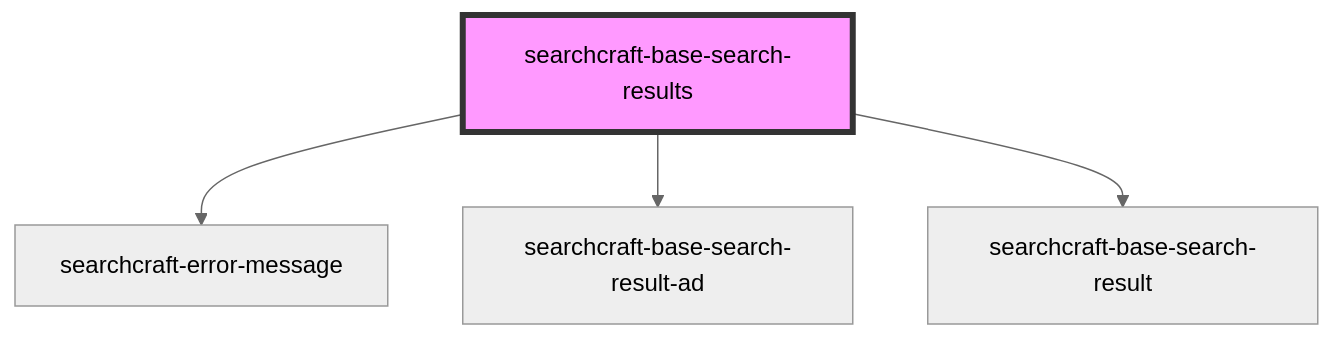
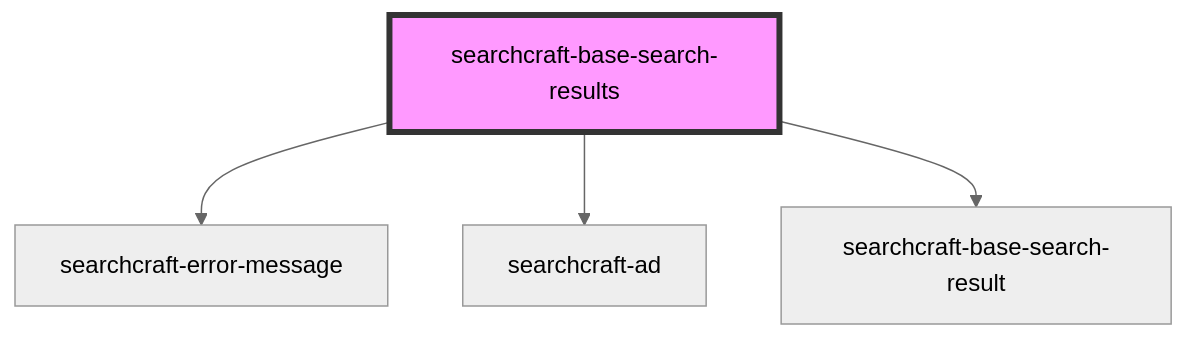
Before and after one commit to searchcraft-inc/searchcraft-javascript-sdks: the diagram in packages/javascript-sdk/src/components/searchcraft-base-search-results/readme.md, drawn with Mermaid (neutral theme). The commit also changed other lines of this file and 60 other files, not shown here.

````diff
--- a/packages/javascript-sdk/src/components/searchcraft-base-search-results/readme.md
+++ b/packages/javascript-sdk/src/components/searchcraft-base-search-results/readme.md
@@ -64,7 +64,7 @@
 ```mermaid
 graph TD;
   searchcraft-base-search-results --> searchcraft-error-message
-  searchcraft-base-search-results --> searchcraft-base-search-result-ad
+  searchcraft-base-search-results --> searchcraft-ad
   searchcraft-base-search-results --> searchcraft-base-search-result
   style searchcraft-base-search-results fill:#f9f,stroke:#333,stroke-width:4px
 ```
````
